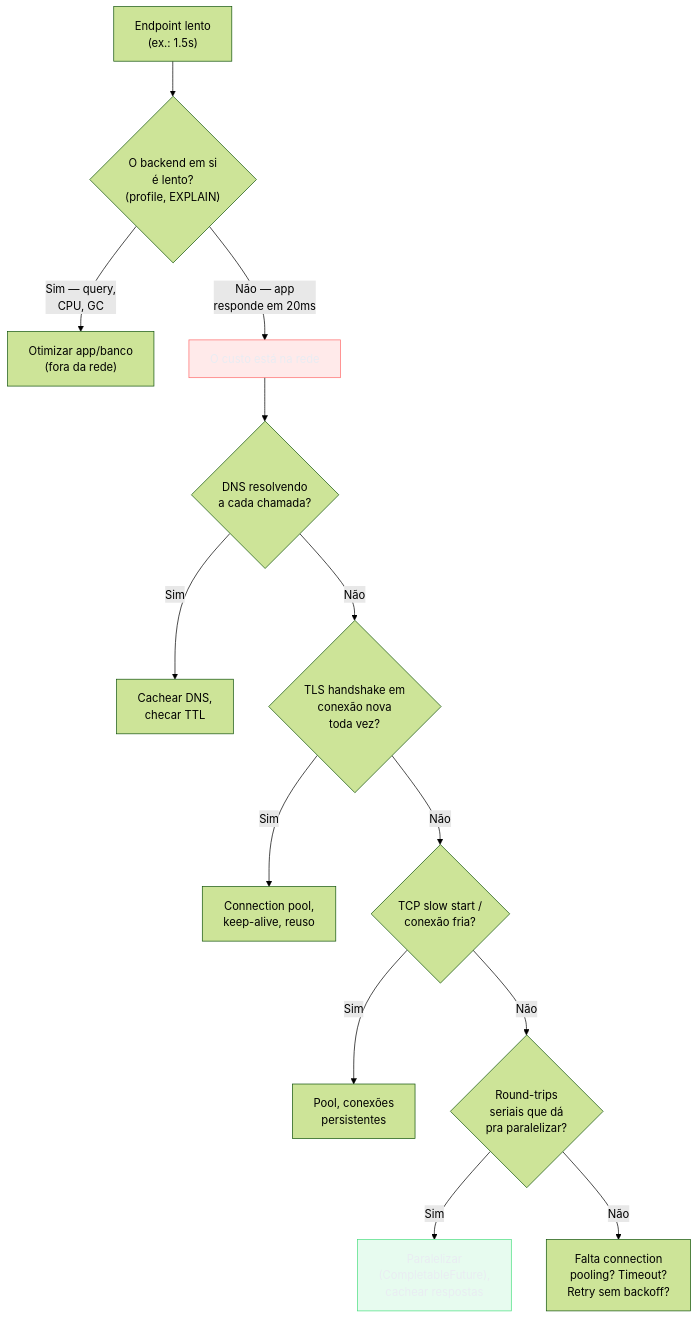
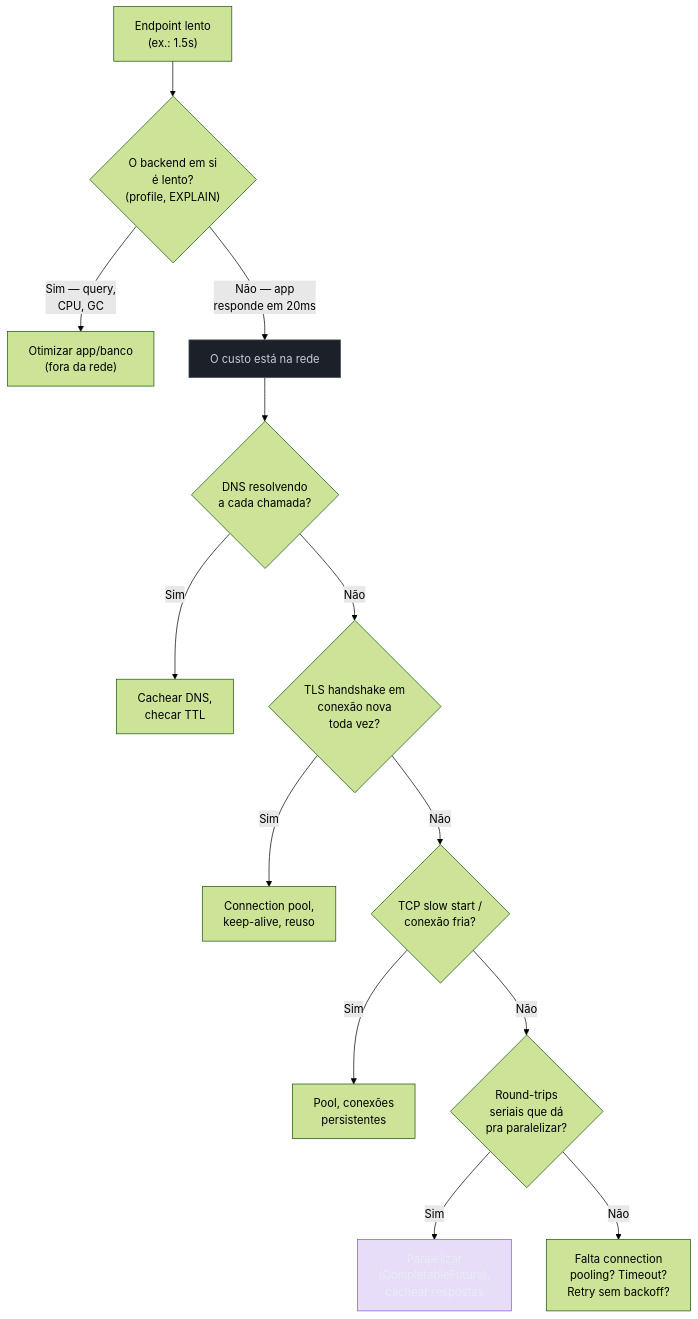
One commit to josenaldo/codex-technomanticus changed the second of 4 diagrams in 03-Dominios/Ciência/Redes e Protocolos/15 - Redes em entrevista.md. Above: the diagram before and after it, drawn with Mermaid (forest theme). The commit also changed other lines of this file and 601 other files, not shown here.

````diff
--- a/03-Dominios/Ciência/Redes e Protocolos/15 - Redes em entrevista.md
+++ b/03-Dominios/Ciência/Redes e Protocolos/15 - Redes em entrevista.md
@@ -68,21 +68,21 @@
 ```mermaid
 flowchart TD
-    classDef falha fill:#FF6B6B24,stroke:#FF6B6B,color:#E9ECF2
-    classDef ok fill:#4ADE8021,stroke:#4ADE80,color:#E9ECF2
+    classDef marca fill:#8855DF33,stroke:#8855DF,color:#E9ECF2
+    classDef neutro fill:#1B2029,stroke:#4E5666,color:#C6CCD8
     LENTO["Endpoint lento<br/>(ex.: 1.5s)"] --> APP{"O backend em si<br/>é lento?<br/>(profile, EXPLAIN)"}
     APP -->|"Sim — query,<br/>CPU, GC"| FIXAPP["Otimizar app/banco<br/>(fora da rede)"]
     APP -->|"Não — app<br/>responde em 20ms"| REDE["O custo está na rede"]
 
     REDE --> DNS{"DNS resolvendo<br/>a cada chamada?"}
     DNS -->|Sim| FIXDNS["Cachear DNS,<br/>checar TTL"]
     DNS -->|Não| TLS{"TLS handshake em<br/>conexão nova<br/>toda vez?"}
     TLS -->|Sim| FIXTLS["Connection pool,<br/>keep-alive, reuso"]
     TLS -->|Não| TCP{"TCP slow start /<br/>conexão fria?"}
     TCP -->|Sim| FIXTCP["Pool, conexões<br/>persistentes"]
     TCP -->|Não| SERIAL{"Round-trips<br/>seriais que dá<br/>pra paralelizar?"}
     SERIAL -->|Sim| FIXPAR["Paralelizar<br/>(CompletableFuture),<br/>cachear respostas"]
     SERIAL -->|Não| POOL["Falta connection<br/>pooling? Timeout?<br/>Retry sem backoff?"]
 
-    class REDE falha
-    class FIXPAR ok
+    class REDE neutro
+    class FIXPAR marca
 ```
````
